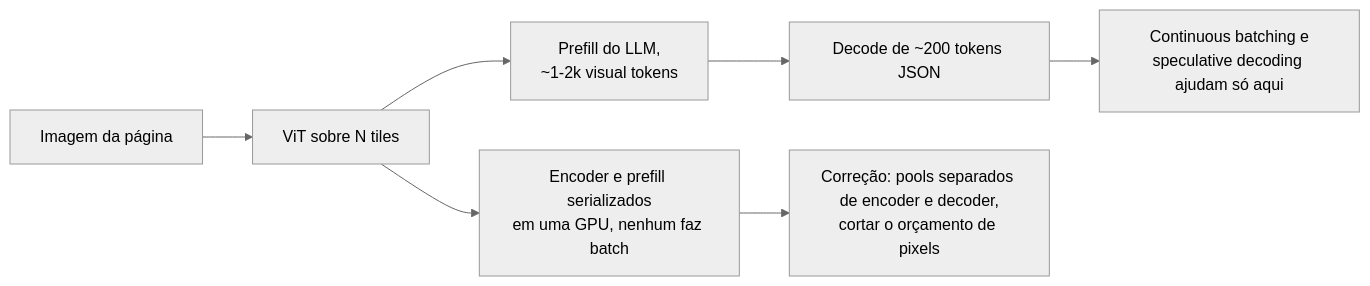
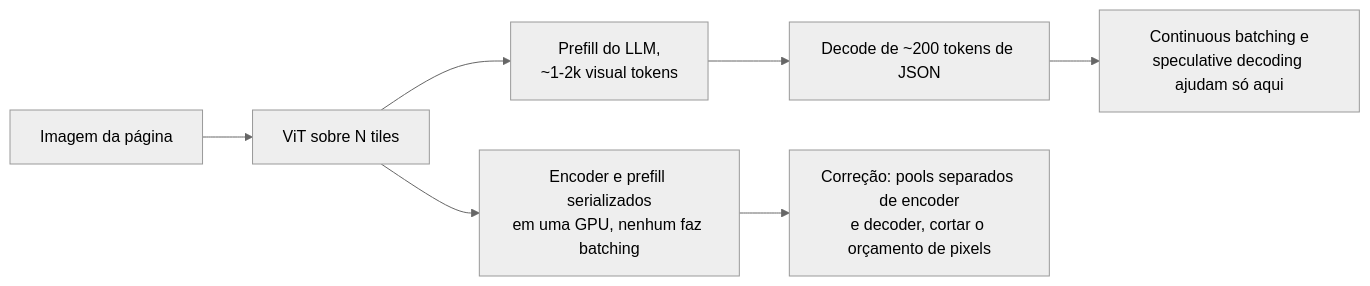
One commit to andrevberaldo/AI-Engineer-Interview-Questions changed diagram 18 of 21 in 10-multimodal/questions.pt-BR.md. Above: the diagram before and after it, drawn with Mermaid (neutral theme). The commit also changed other lines of this file and 1 other file, not shown here.

````diff
--- a/10-multimodal/questions.pt-BR.md
+++ b/10-multimodal/questions.pt-BR.md
@@ -935,9 +935,9 @@
 ```mermaid
 flowchart LR
     A["Imagem da página"] --> B["ViT sobre N tiles"]
     B --> C["Prefill do LLM,<br/>~1-2k visual tokens"]
-    C --> D["Decode de ~200 tokens JSON"]
+    C --> D["Decode de ~200 tokens de JSON"]
     D --> E["Continuous batching e<br/>speculative decoding ajudam só aqui"]
-    B --> F["Encoder e prefill serializados<br/>em uma GPU, nenhum faz batch"]
-    F --> G["Correção: pools separados de encoder e decoder,<br/>cortar o orçamento de pixels"]
+    B --> F["Encoder e prefill serializados<br/>em uma GPU, nenhum faz batching"]
+    F --> G["Correção: pools separados de encoder<br/>e decoder, cortar o orçamento de pixels"]
 ```
````
